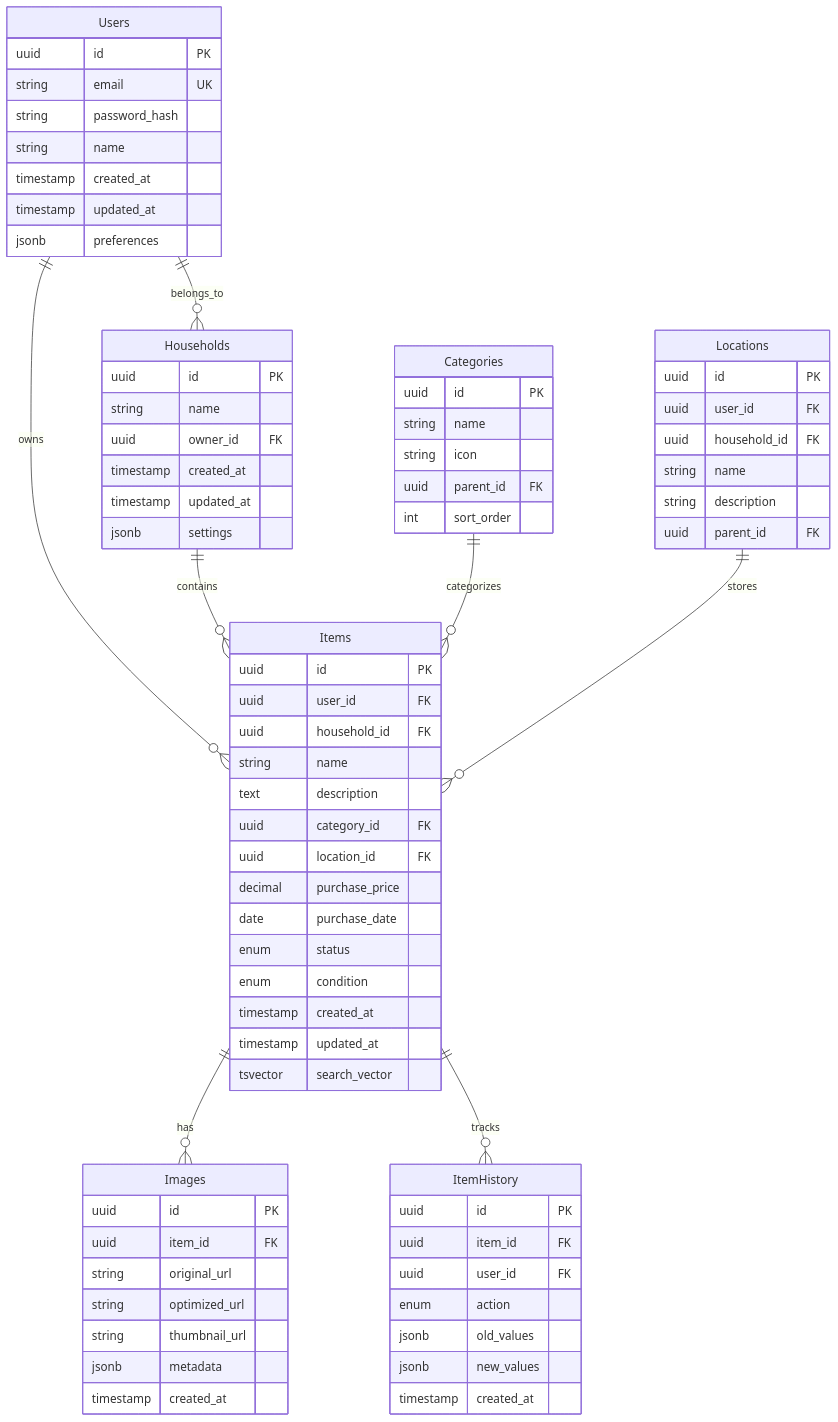
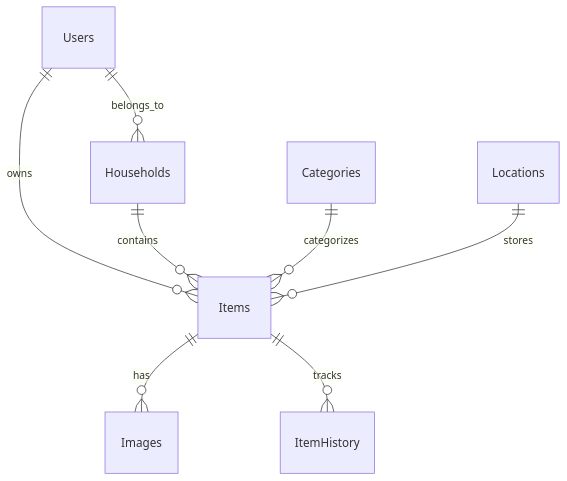
The fourth of 11 diagrams in docs/architecture/system-design.md (aneuhold/tracktory), drawn with Mermaid before and after one commit. The commit also changed other lines of this file and 9 other files, not shown here.

````diff
--- a/docs/architecture/system-design.md
+++ b/docs/architecture/system-design.md
@@ -247,77 +250,4 @@
     Items ||--o{ ItemHistory : tracks
     Categories ||--o{ Items : categorizes
     Locations ||--o{ Items : stores
-
-    Users {
-        uuid id PK
-        string email UK
-        string password_hash
-        string name
-        timestamp created_at
-        timestamp updated_at
-        jsonb preferences
-    }
-
-    Households {
-        uuid id PK
-        string name
-        uuid owner_id FK
-        timestamp created_at
-        timestamp updated_at
-        jsonb settings
-    }
-
-    Items {
-        uuid id PK
-        uuid user_id FK
-        uuid household_id FK
-        string name
-        text description
-        uuid category_id FK
-        uuid location_id FK
-        decimal purchase_price
-        date purchase_date
-        enum status
-        enum condition
-        timestamp created_at
-        timestamp updated_at
-        tsvector search_vector
-    }
-
-    Images {
-        uuid id PK
-        uuid item_id FK
-        string original_url
-        string optimized_url
-        string thumbnail_url
-        jsonb metadata
-        timestamp created_at
-    }
-
-    Categories {
-        uuid id PK
-        string name
-        string icon
-        uuid parent_id FK
-        int sort_order
-    }
-
-    Locations {
-        uuid id PK
-        uuid user_id FK
-        uuid household_id FK
-        string name
-        string description
-        uuid parent_id FK
-    }
-
-    ItemHistory {
-        uuid id PK
-        uuid item_id FK
-        uuid user_id FK
-        enum action
-        jsonb old_values
-        jsonb new_values
-        timestamp created_at
-    }
 ```
````
